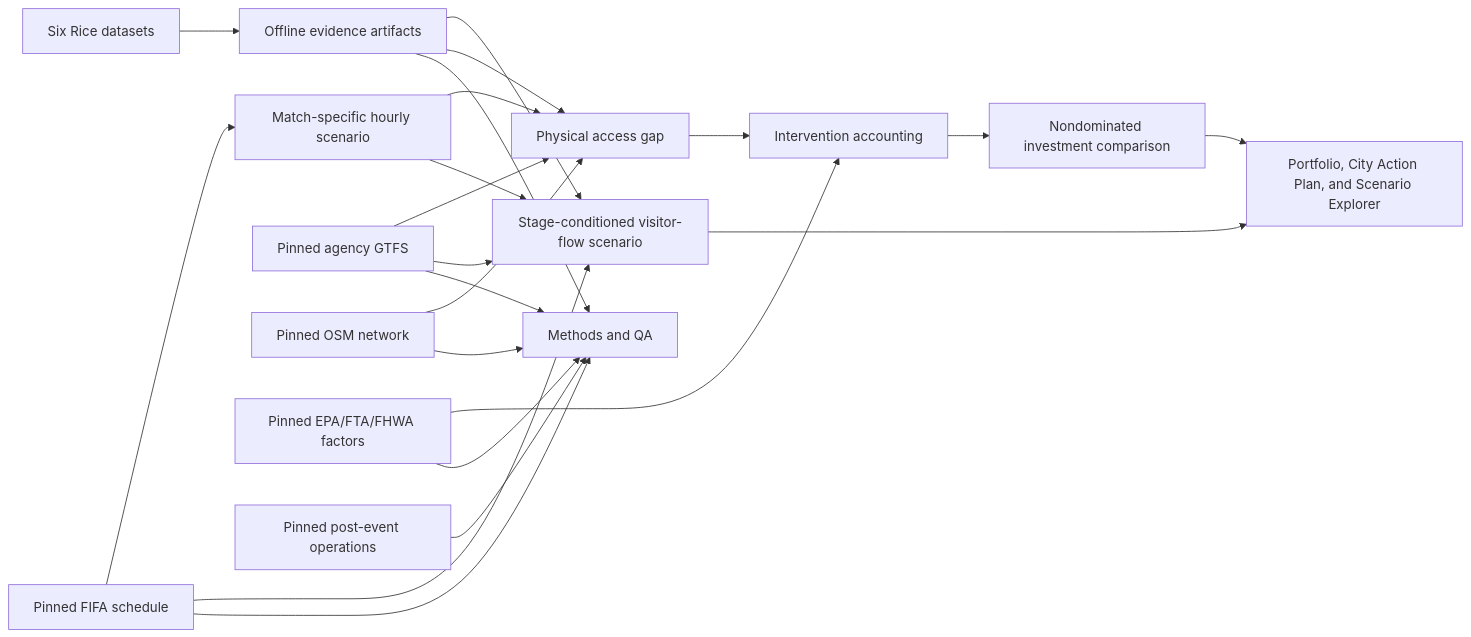
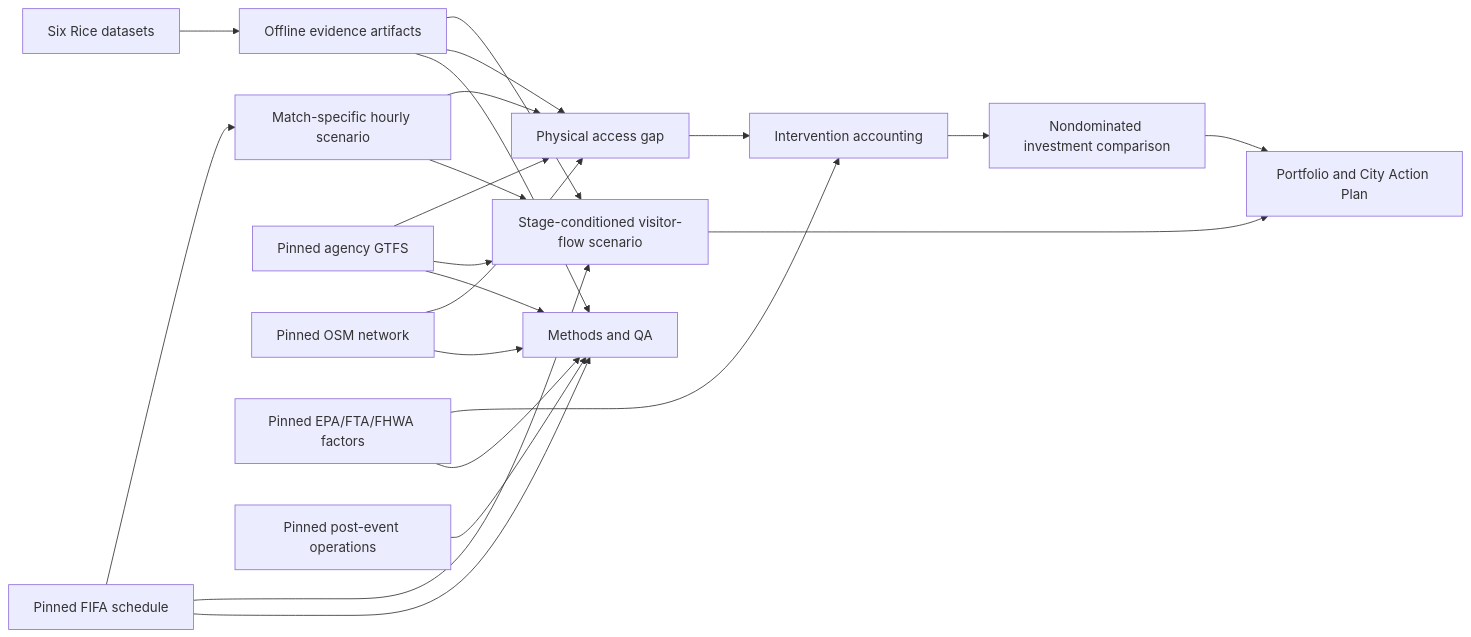
The diagram in docs/METHODOLOGY.md (Wei-Ping-Lam/mobility-platform), drawn with Mermaid before and after one commit. The commit also changed 18 other files, not shown here.

````diff
--- a/docs/METHODOLOGY.md
+++ b/docs/METHODOLOGY.md
@@ -15,24 +15,24 @@
 ```mermaid
 flowchart LR
   R[Six Rice datasets] --> E[Offline evidence artifacts]
   F[Pinned FIFA schedule] --> M[Match-specific hourly scenario]
   F --> V[Stage-conditioned visitor-flow scenario]
   G[Pinned agency GTFS] --> A[Physical access gap]
   G --> V
   O[Pinned OSM network] --> A
   E --> V
   E --> A
   M --> A
   M --> V
   X[Pinned EPA/FTA/FHWA factors] --> I[Intervention accounting]
   D[Pinned post-event operations] --> Q[Methods and QA]
   A --> I
   V --> U
   I --> P[Nondominated investment comparison]
   E --> Q[Methods and QA]
   F --> Q
   G --> Q
   O --> Q
   X --> Q
-  P --> U[Portfolio, City Action Plan, and Scenario Explorer]
+  P --> U[Portfolio and City Action Plan]
 ```
````
